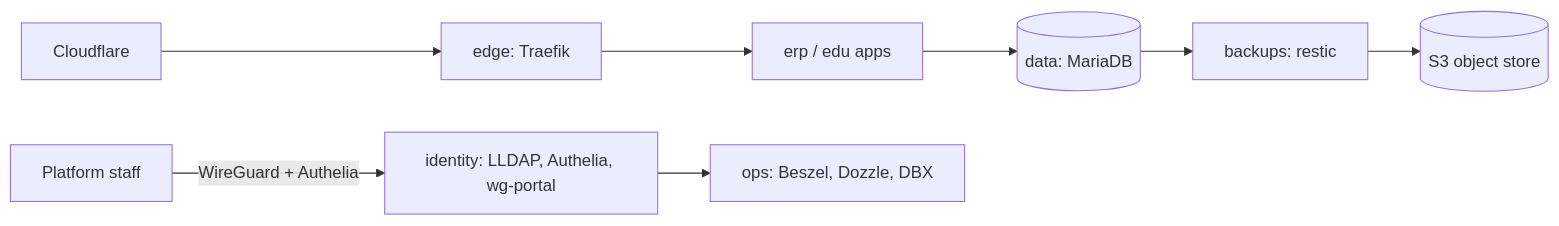
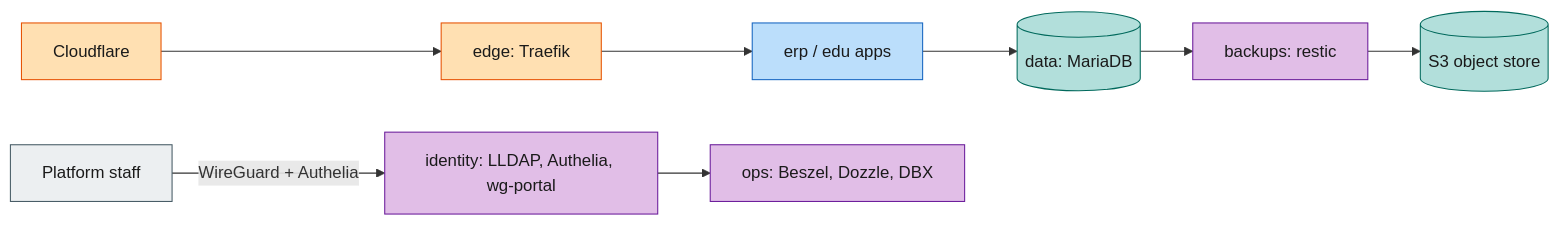
The diagram in core/README.md (varunpathania86/nigu-lite), drawn with Mermaid before and after one commit. The commit also changed 38 other files, not shown here.

````diff
--- a/core/README.md
+++ b/core/README.md
@@ -7,9 +7,19 @@
 ```mermaid
 flowchart LR
   CF[Cloudflare] --> EDGE["edge: Traefik"]
   EDGE --> APPS["erp / edu apps"]
   APPS --> DATA[("data: MariaDB")]
   STAFF["Platform staff"] -->|"WireGuard + Authelia"| ID["identity: LLDAP, Authelia, wg-portal"]
   ID --> OPS["ops: Beszel, Dozzle, DBX"]
   DATA --> BK["backups: restic"] --> S3[("S3 object store")]
+  class STAFF user
+  class CF,EDGE edge
+  class APPS app
+  class ID,OPS,BK core
+  class DATA,S3 data
+  classDef user fill:#eceff1,stroke:#455a64,color:#1a1a1a
+  classDef edge fill:#ffe0b2,stroke:#e65100,color:#1a1a1a
+  classDef app fill:#bbdefb,stroke:#1565c0,color:#1a1a1a
+  classDef core fill:#e1bee7,stroke:#6a1b9a,color:#1a1a1a
+  classDef data fill:#b2dfdb,stroke:#00695c,color:#1a1a1a
 ```
````
